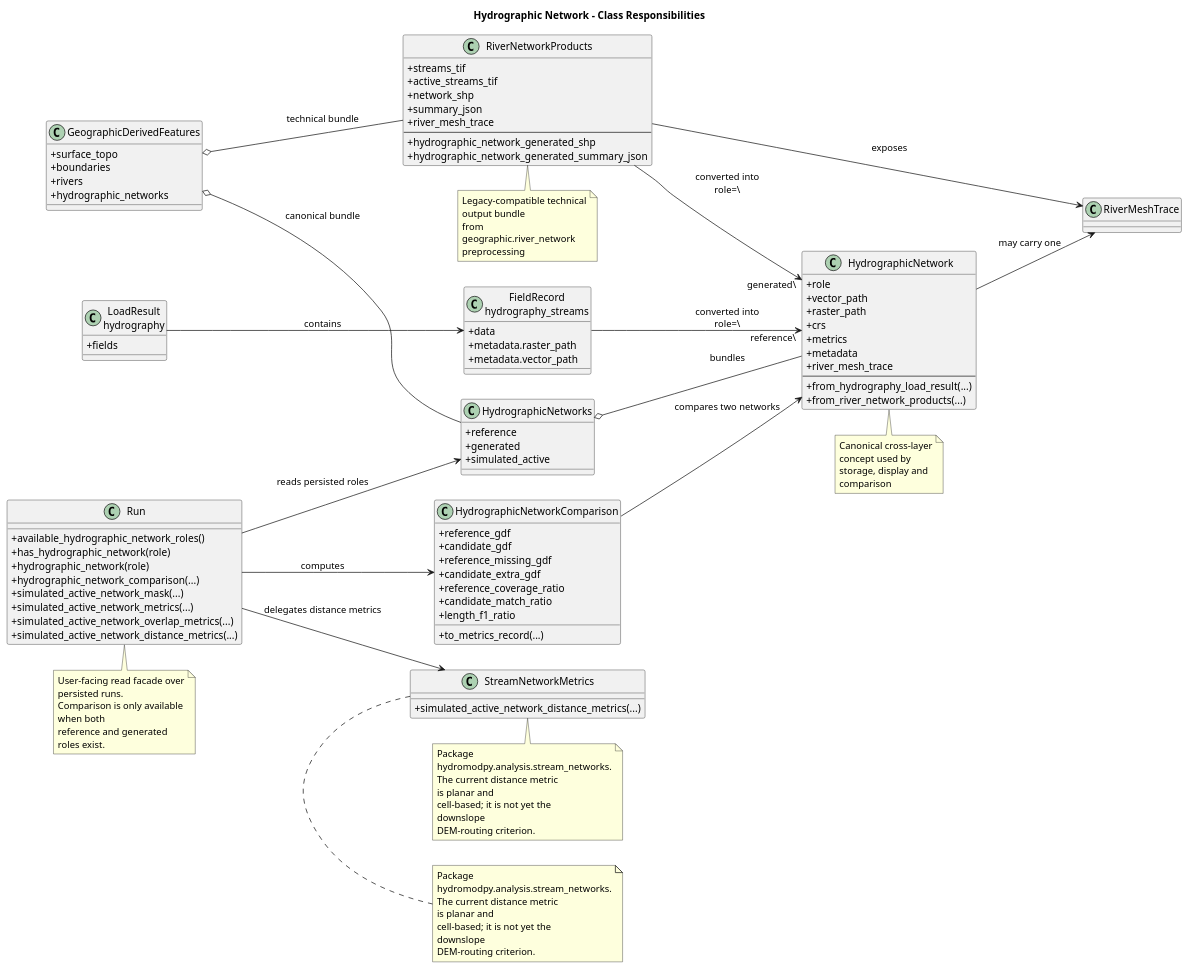
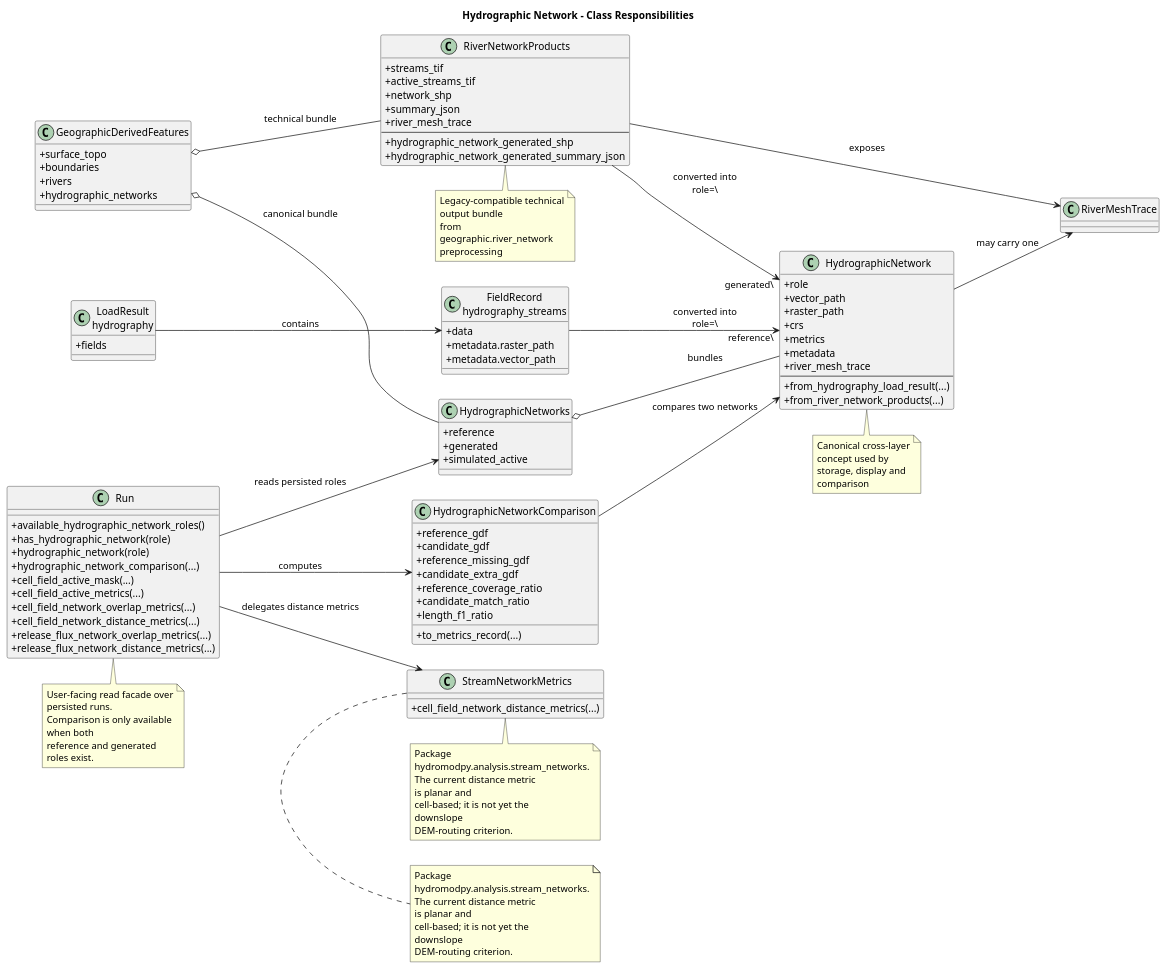
One commit to HydroModPy/HydroModPy changed the diagram in docs/source/architecture/spatial_support/diagrams/hydrographic_network_class_map.wsd. Above: the diagram before and after it, drawn with PlantUML. The commit also changed 14 other files, not shown here.

Commit message:
[cleanup] - drop simulated_active_network alias wrappers in favor of canonical cell_field

```diff
--- a/docs/source/architecture/spatial_support/diagrams/hydrographic_network_class_map.wsd
+++ b/docs/source/architecture/spatial_support/diagrams/hydrographic_network_class_map.wsd
@@ -1,124 +1,126 @@
 @startuml
 title Hydrographic Network - Class Responsibilities
 left to right direction
 skinparam classAttributeIconSize 0
 skinparam wrapWidth 180
 
 class "LoadResult\nhydrography" as HydrographyLoadResult {
   +fields
 }
 
 class "FieldRecord\nhydrography_streams" as HydrographyFieldRecord {
   +data
   +metadata.raster_path
   +metadata.vector_path
 }
 
 class RiverNetworkProducts {
   +streams_tif
   +active_streams_tif
   +network_shp
   +summary_json
   +river_mesh_trace
   --
   +hydrographic_network_generated_shp
   +hydrographic_network_generated_summary_json
 }
 
 class RiverMeshTrace
 
 class HydrographicNetwork {
   +role
   +vector_path
   +raster_path
   +crs
   +metrics
   +metadata
   +river_mesh_trace
   --
   +from_hydrography_load_result(...)
   +from_river_network_products(...)
 }
 
 class HydrographicNetworks {
   +reference
   +generated
   +simulated_active
 }
 
 class HydrographicNetworkComparison {
   +reference_gdf
   +candidate_gdf
   +reference_missing_gdf
   +candidate_extra_gdf
   +reference_coverage_ratio
   +candidate_match_ratio
   +length_f1_ratio
   +to_metrics_record(...)
 }
 
 class StreamNetworkMetrics {
-  +simulated_active_network_distance_metrics(...)
+  +cell_field_network_distance_metrics(...)
 }
 
 class GeographicDerivedFeatures {
   +surface_topo
   +boundaries
   +rivers
   +hydrographic_networks
 }
 
 class Run {
   +available_hydrographic_network_roles()
   +has_hydrographic_network(role)
   +hydrographic_network(role)
   +hydrographic_network_comparison(...)
-  +simulated_active_network_mask(...)
-  +simulated_active_network_metrics(...)
-  +simulated_active_network_overlap_metrics(...)
-  +simulated_active_network_distance_metrics(...)
+  +cell_field_active_mask(...)
+  +cell_field_active_metrics(...)
+  +cell_field_network_overlap_metrics(...)
+  +cell_field_network_distance_metrics(...)
+  +release_flux_network_overlap_metrics(...)
+  +release_flux_network_distance_metrics(...)
 }
 
 HydrographyLoadResult --> HydrographyFieldRecord : contains
 HydrographyFieldRecord --> HydrographicNetwork : converted into\nrole=\"reference\"
 RiverNetworkProducts --> HydrographicNetwork : converted into\nrole=\"generated\"
 RiverNetworkProducts --> RiverMeshTrace : exposes
 HydrographicNetwork --> RiverMeshTrace : may carry one
 HydrographicNetworks o-- HydrographicNetwork : bundles
 GeographicDerivedFeatures o-- RiverNetworkProducts : technical bundle
 GeographicDerivedFeatures o-- HydrographicNetworks : canonical bundle
 Run --> HydrographicNetworks : reads persisted roles
 Run --> HydrographicNetworkComparison : computes
 Run --> StreamNetworkMetrics : delegates distance metrics
 HydrographicNetworkComparison --> HydrographicNetwork : compares two networks
 
 note bottom of RiverNetworkProducts
 Legacy-compatible technical output bundle
 from geographic.river_network preprocessing
 end note
 
 note bottom of HydrographicNetwork
 Canonical cross-layer concept used by
 storage, display and comparison
 end note
 
 note bottom of Run
 User-facing read facade over persisted runs.
 Comparison is only available when both
 reference and generated roles exist.
 end note
 
 note bottom of StreamNetworkMetrics
 Package hydromodpy.analysis.stream_networks.
 The current distance metric is planar and
 cell-based; it is not yet the downslope
 DEM-routing criterion.
 end note
 
 note bottom of StreamNetworkMetrics
 Package hydromodpy.analysis.stream_networks.
 The current distance metric is planar and
 cell-based; it is not yet the downslope
 DEM-routing criterion.
 end note
 @enduml
```
